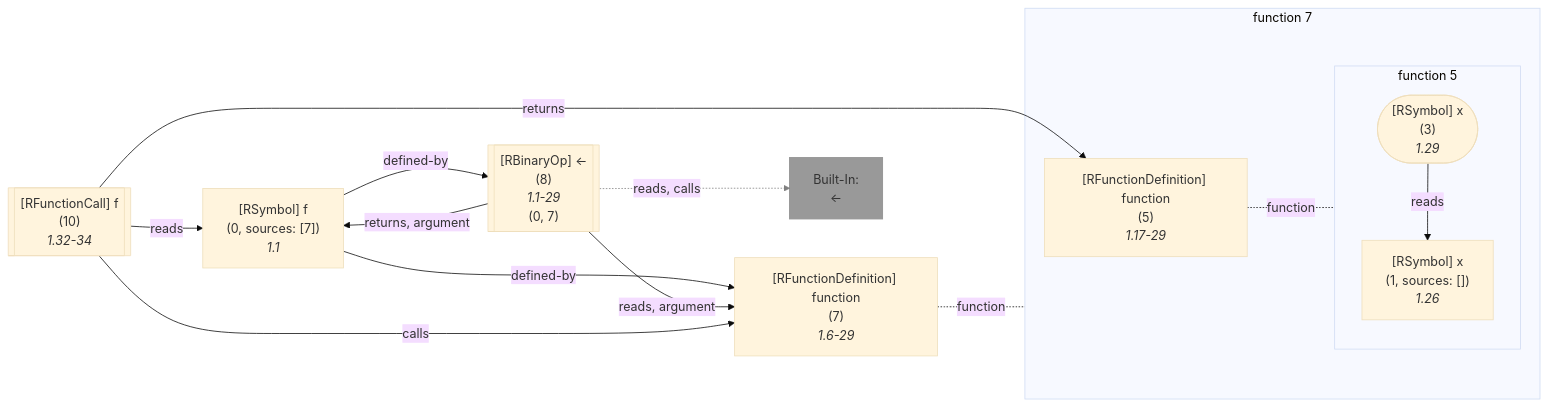
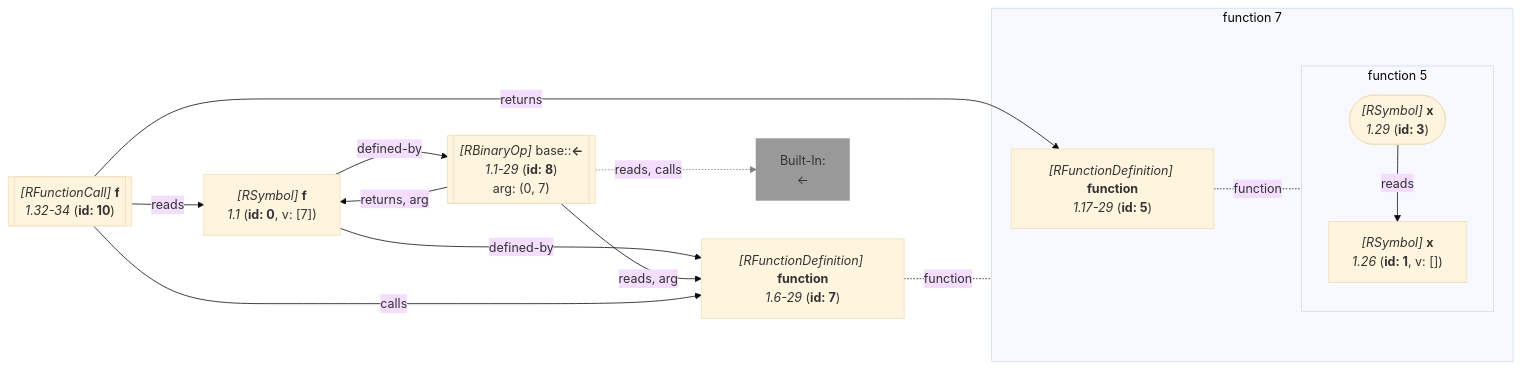
One commit to flowr-analysis/flowr changed diagram 14 of 21 in wiki/Query API.md. Above: the diagram before and after it, drawn with Mermaid (base theme). The commit also changed other lines of this file and 228 other files, not shown here.

````diff
--- a/wiki/Query API.md
+++ b/wiki/Query API.md
@@ -4915,59 +4821,52 @@
 ```mermaid
 flowchart LR
-    7["`#91;RFunctionDefinition#93; function
-      (7)
-      *1.6-29*`"]
+    7["`*#91;RFunctionDefinition#93;* **function**
+      *1.6-29* (**id: 7**)`"]
 
 subgraph "flow-7" [function 7]
     %% Environment of 5 [level: 1]:
     %% Built-in
-    %% 2189----------------------------------------
-    %% 2190----------------------------------------
-    5["`#91;RFunctionDefinition#93; function
-      (5)
-      *1.17-29*`"]
+    %% 2630----------------------------------------
+    %% 2631----------------------------------------
+    5["`*#91;RFunctionDefinition#93;* **function**
+      *1.17-29* (**id: 5**)`"]
 
 subgraph "flow-5" [function 5]
-    1["`#91;RSymbol#93; x
-      (1, sources: [])
-      *1.26*`"]
+    1["`*#91;RSymbol#93;* **x**
+      *1.26* (**id: 1**, v: [])`"]
    %% No edges found for 1
-    3(["`#91;RSymbol#93; x
-      (3)
-      *1.29*`"])
+    3(["`*#91;RSymbol#93;* **x**
+      *1.29* (**id: 3**)`"])
 end
    %% No edges found for 5
 end
    %% No edges found for 7
-    0["`#91;RSymbol#93; f
-      (0, sources: [7])
-      *1.1*`"]
-    8[["`#91;RBinaryOp#93; #60;#45;
-      (8)
-      *1.1-29*
-    (0, 7)`"]]
+    0["`*#91;RSymbol#93;* **f**
+      *1.1* (**id: 0**, v: [7])`"]
+    8[["`*#91;RBinaryOp#93;* base#58;#58;**#60;#45;**
+      *1.1-29* (**id: 8**)
+    arg: (0, 7)`"]]
     built-in:_-["`Built-In:
 #60;#45;`"]
     style built-in:_- stroke:gray,fill:gray,stroke-width:2px,opacity:.8;
     %% Environment of 10 [level: 0]:
     %% Built-in
-    %% 2198----------------------------------------
+    %% 2639----------------------------------------
     %%   f: {**f** (id: 0, type: Function, def. @8)}
-    10[["`#91;RFunctionCall#93; f
-      (10)
-      *1.32-34*`"]]
+    10[["`*#91;RFunctionCall#93;* **f**
+      *1.32-34* (**id: 10**)`"]]
     3 -->|"reads"| 1
 5 -.-|function| flow-5
 
 7 -.-|function| flow-7
 
     0 -->|"defined-by"| 7
     0 -->|"defined-by"| 8
-    8 -->|"reads, argument"| 7
-    8 -->|"returns, argument"| 0
+    8 -->|"reads, arg"| 7
+    8 -->|"returns, arg"| 0
     8 -.->|"reads, calls"| built-in:_-
     linkStyle 7 stroke:gray;
     10 -->|"reads"| 0
     10 -->|"returns"| 5
     10 -->|"calls"| 7
 ```
````
